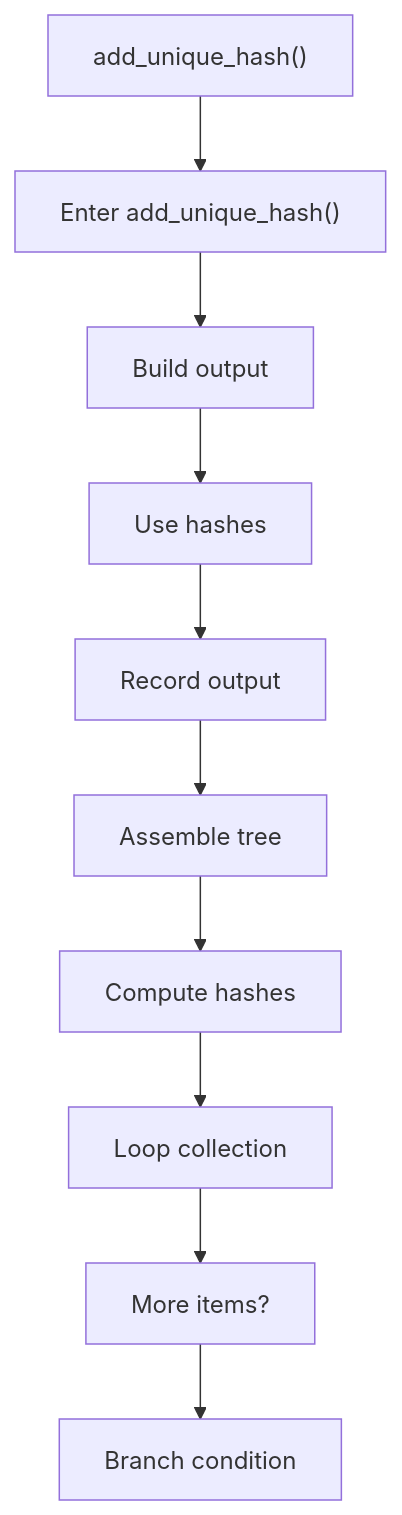
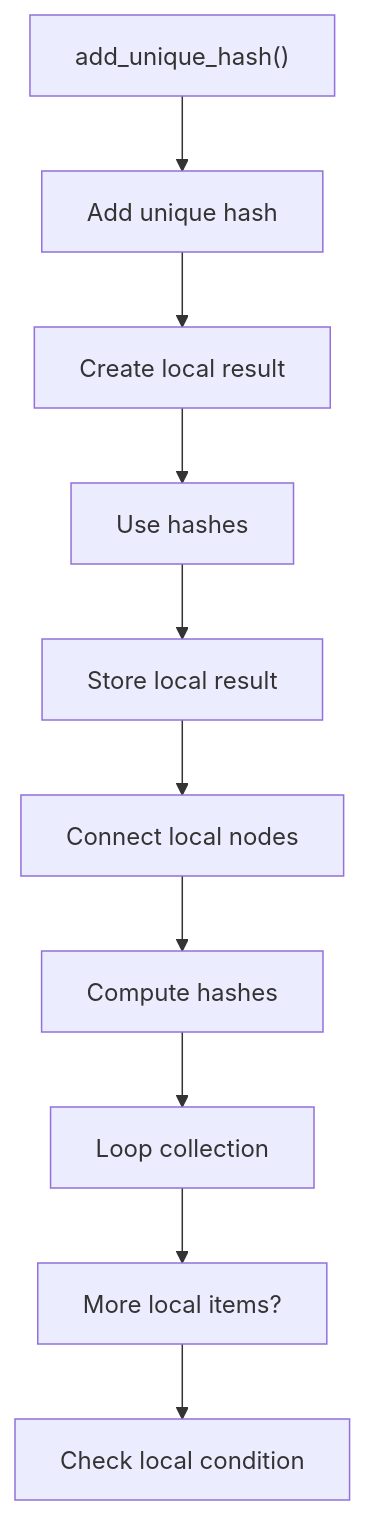
The first of 2 diagrams in docs/Codebase/Microservice/Modules/Source/HashingMechanism/ReverseMerkle/Flow/functions/add_unique_hash.cpp.md (JohnAndrewBalbarosa/NeoTerritory), drawn with Mermaid before and after one commit. The commit also changed other lines of this file and 925 other files, not shown here.

````diff
--- a/docs/Codebase/Microservice/Modules/Source/HashingMechanism/ReverseMerkle/Flow/functions/add_unique_hash.cpp.md
+++ b/docs/Codebase/Microservice/Modules/Source/HashingMechanism/ReverseMerkle/Flow/functions/add_unique_hash.cpp.md
@@ -29,22 +29,22 @@
 ```mermaid
 flowchart TD
     N0["add_unique_hash()"]
-    N1["Enter add_unique_hash()"]
-    N2["Build output"]
+    N1["Add unique hash"]
+    N2["Create local result"]
     N3["Use hashes"]
-    N4["Record output"]
-    N5["Assemble tree"]
+    N4["Store local result"]
+    N5["Connect local nodes"]
     N6["Compute hashes"]
     N7["Loop collection"]
-    N8["More items?"]
-    N9["Branch condition"]
+    N8["More local items?"]
+    N9["Check local condition"]
     N0 --> N1
     N1 --> N2
     N2 --> N3
     N3 --> N4
     N4 --> N5
     N5 --> N6
     N6 --> N7
     N7 --> N8
     N8 --> N9
 ```
````
